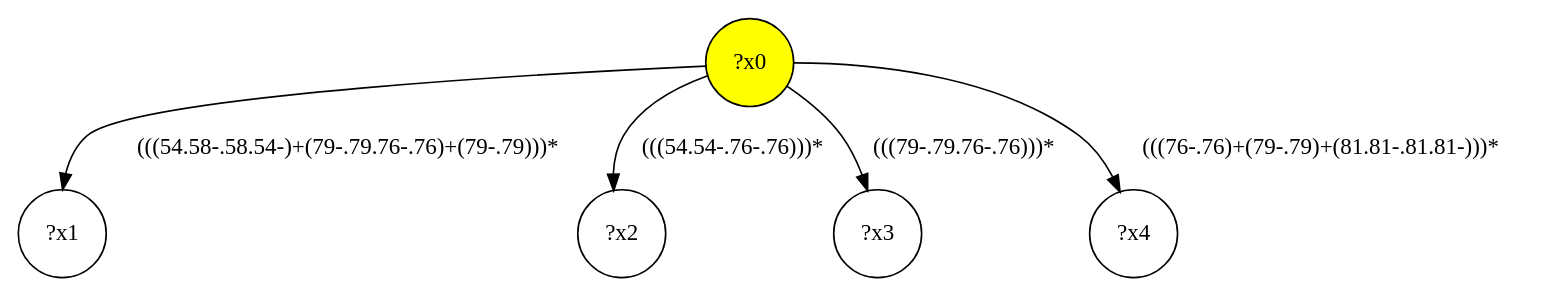
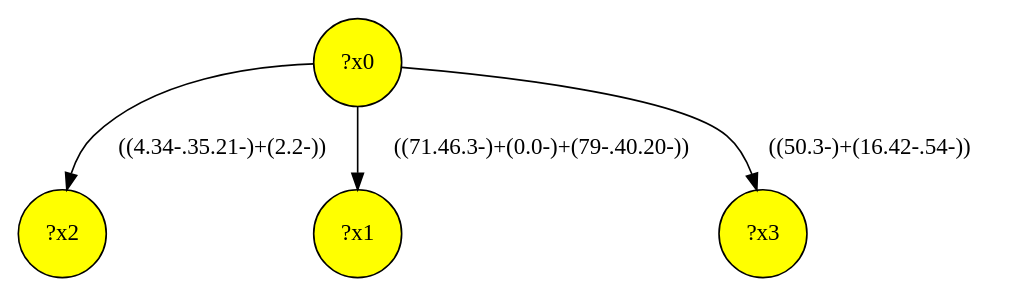
The diagram in demo/shop/shop-interface/query-13.dot (gbagan/gmark), drawn with Graphviz before and after one commit. The commit also changed 708 other files, not shown here.

```diff
--- a/demo/shop/shop-interface/query-13.dot
+++ b/demo/shop/shop-interface/query-13.dot
@@ -1,11 +1,9 @@
 digraph g {
+	x2 [fillcolor="yellow", style="filled," shape=circle, label="?x2"];
 	x0 [fillcolor="yellow", style="filled," shape=circle, label="?x0"];
-	x1 [shape=circle, label="?x1"];
-	x0 -> x1 [label="(((54.58-.58.54-)+(79-.79.76-.76)+(79-.79)))*"];
-	x2 [shape=circle, label="?x2"];
-	x0 -> x2 [label="(((54.54-.76-.76)))*"];
-	x3 [shape=circle, label="?x3"];
-	x0 -> x3 [label="(((79-.79.76-.76)))*"];
-	x4 [shape=circle, label="?x4"];
-	x0 -> x4 [label="(((76-.76)+(79-.79)+(81.81-.81.81-)))*"];
+	x1 [fillcolor="yellow", style="filled," shape=circle, label="?x1"];
+	x3 [fillcolor="yellow", style="filled," shape=circle, label="?x3"];
+	x0 -> x1 [label="((71.46.3-)+(0.0-)+(79-.40.20-))"];
+	x0 -> x2 [label="((4.34-.35.21-)+(2.2-))"];
+	x0 -> x3 [label="((50.3-)+(16.42-.54-))"];
 }
```
